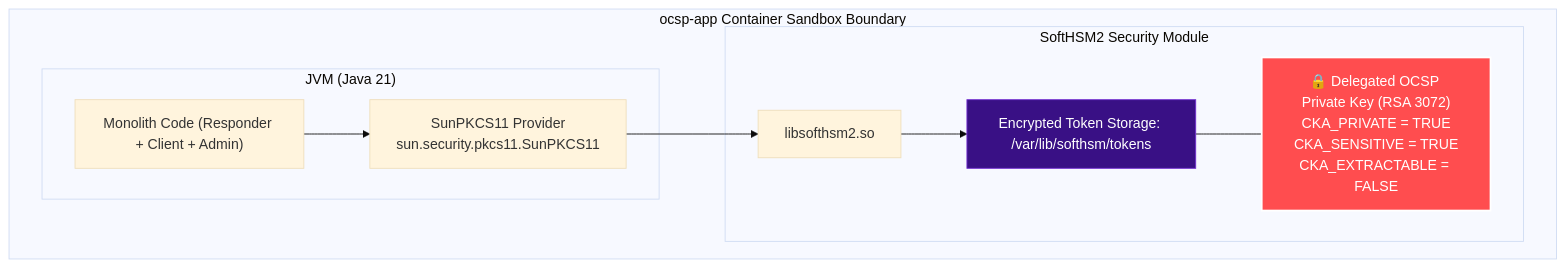
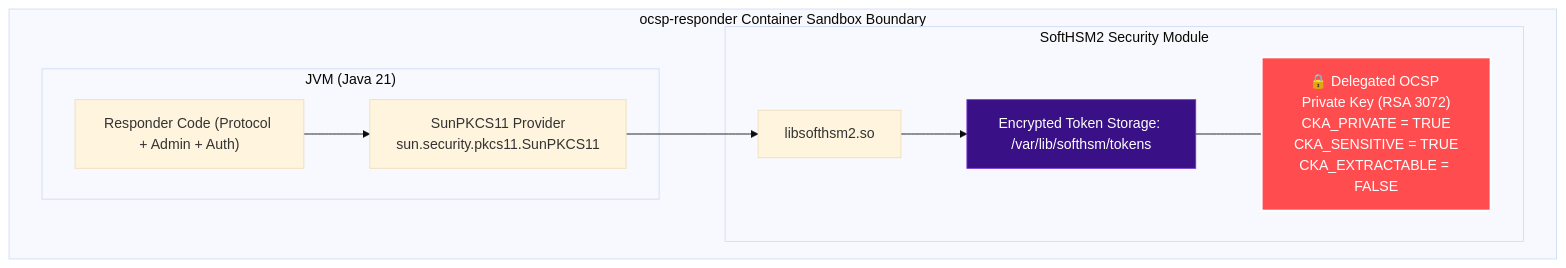
The seventh of 7 diagrams in ARCHITECTURE.md (Majdzapa/OCSP), drawn with Mermaid (base theme) before and after one commit. The commit also changed other lines of this file and 4 other files, not shown here.

Commit message:
docs: update ARCHITECTURE.md and add ADR-005, ADR-006, ADR-007

````diff
--- a/ARCHITECTURE.md
+++ b/ARCHITECTURE.md
@@ -278,23 +348,23 @@
 ```mermaid
 graph TD
-    subgraph CONTAINER["ocsp-app Container Sandbox Boundary"]
+    subgraph CONTAINER["ocsp-responder Container Sandbox Boundary"]
         subgraph PROCESS["JVM (Java 21)"]
-            APP_CODE["Monolith Code (Responder + Client + Admin)"]
+            APP_CODE["Responder Code (Protocol + Admin + Auth)"]
             SUN_PKCS11["SunPKCS11 Provider<br/>sun.security.pkcs11.SunPKCS11"]
         end
 
         subgraph SOFTHSM["SoftHSM2 Security Module"]
             LIB["libsofthsm2.so"]
             TOKEN_STORE["Encrypted Token Storage: /var/lib/softhsm/tokens"]
             PRIV_KEY["🔒 Delegated OCSP Private Key (RSA 3072)<br/>CKA_PRIVATE = TRUE<br/>CKA_SENSITIVE = TRUE<br/>CKA_EXTRACTABLE = FALSE"]
         end
 
         APP_CODE --> SUN_PKCS11
         SUN_PKCS11 --> LIB
         LIB --> TOKEN_STORE
         TOKEN_STORE --- PRIV_KEY
     end
 
     style PRIV_KEY fill:#ff4d4f,stroke:#fff,stroke-width:2px,color:#fff
     style TOKEN_STORE fill:#391085,stroke:#722ed1,stroke-width:1px,color:#fff
 ```
````
